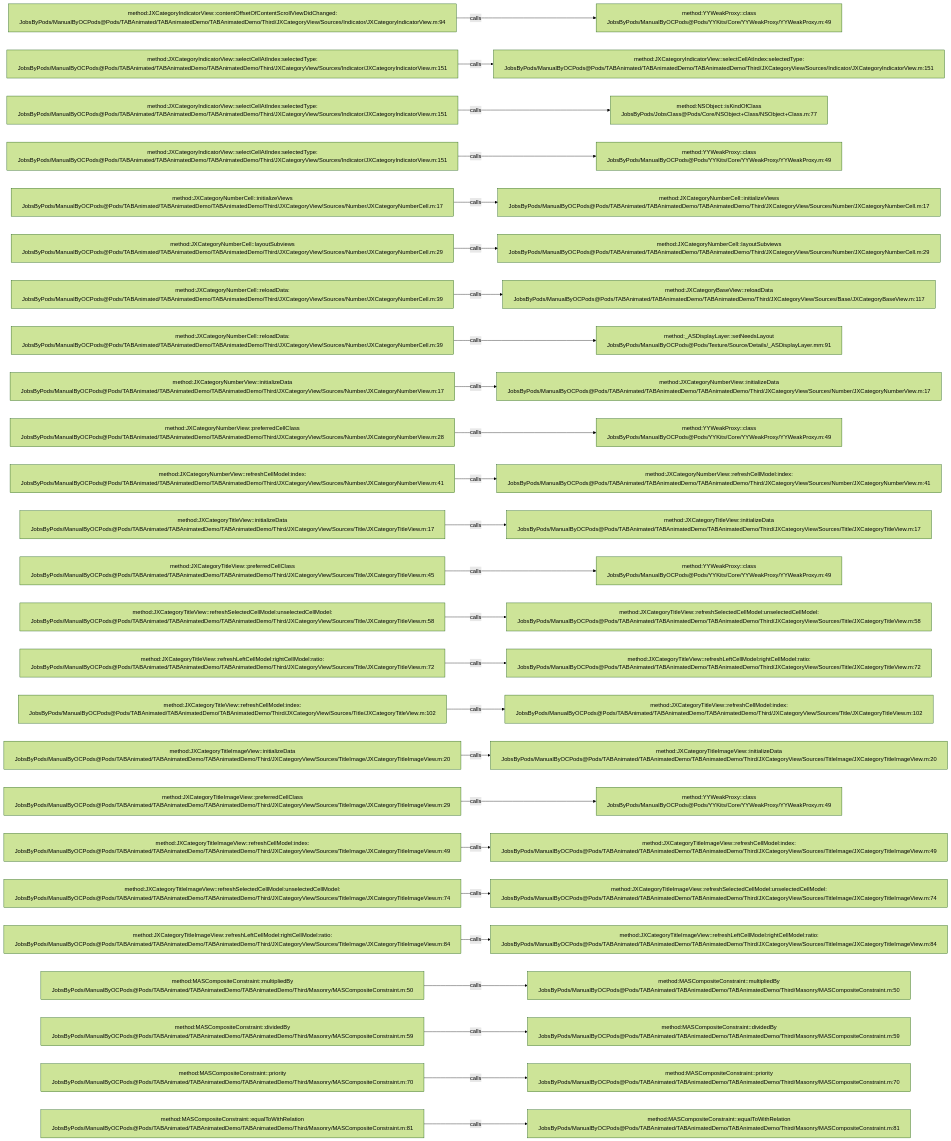
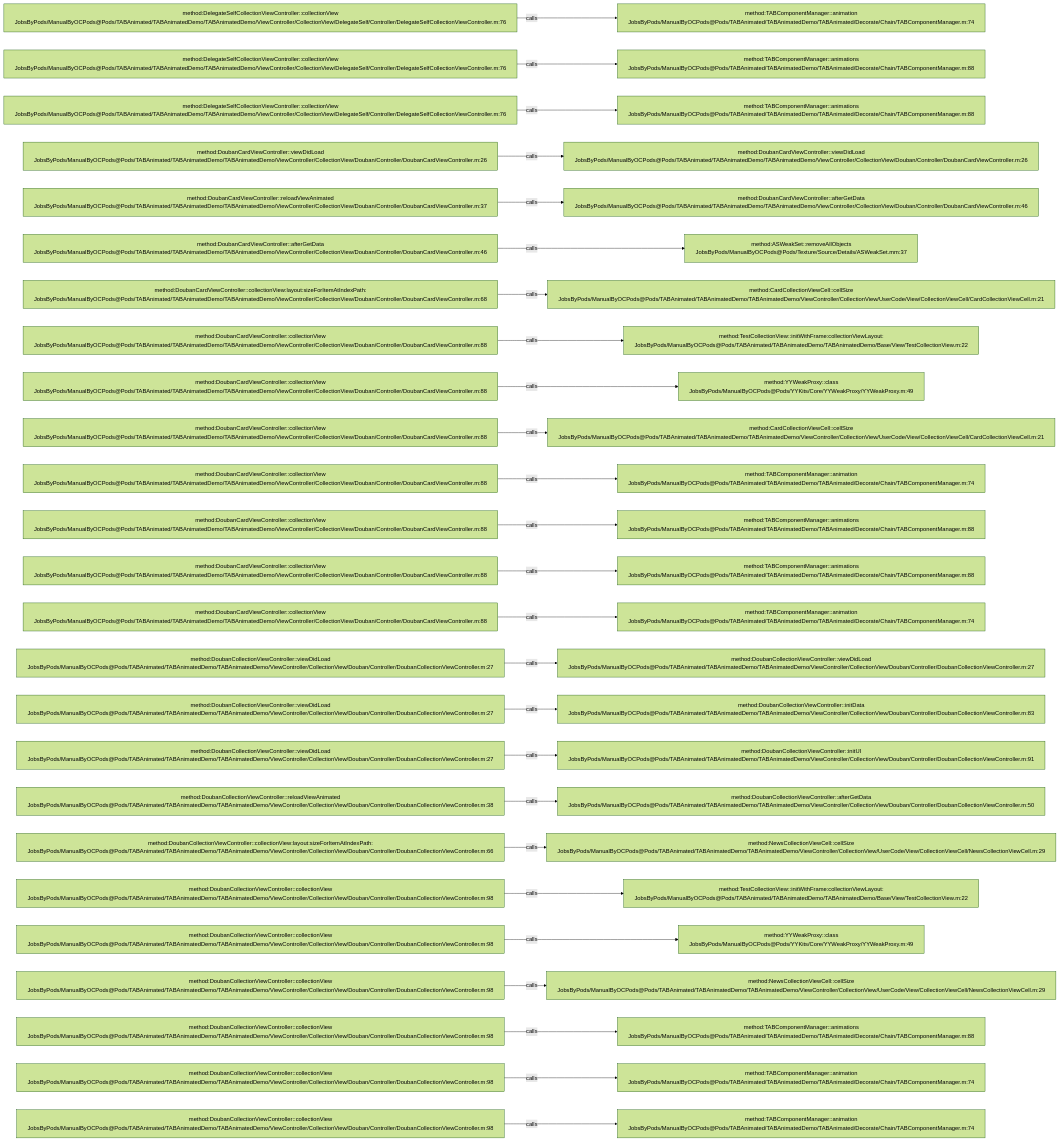
Before and after one commit to JobsKits/JobsOCBaseConfigDemo: the diagram in .codegraph/codegraph.md/graphs/calls-035.md, drawn with Mermaid (forest theme). The commit also changed 2723 other files, not shown here.

````diff
--- a/.codegraph/codegraph.md/graphs/calls-035.md
+++ b/.codegraph/codegraph.md/graphs/calls-035.md
@@ -13,78 +13,78 @@
 ```mermaid
 flowchart LR
-  S1["method:JXCategoryIndicatorView::contentOffsetOfContentScrollViewDidChanged:<br/>JobsByPods/ManualByOCPods@Pods/TABAnimated/TABAnimatedDemo/TABAnimatedDemo/Third/JXCategoryView/Sources/Indicator/JXCategoryIndicatorView.m:94"]
-  T1["method:YYWeakProxy::class<br/>JobsByPods/ManualByOCPods@Pods/YYKits/Core/YYWeakProxy/YYWeakProxy.m:49"]
+  S1["method:DelegateSelfCollectionViewController::collectionView<br/>JobsByPods/ManualByOCPods@Pods/TABAnimated/TABAnimatedDemo/TABAnimatedDemo/ViewController/CollectionView/DelegateSelf/Controller/DelegateSelfCollectionViewController.m:76"]
+  T1["method:TABComponentManager::animation<br/>JobsByPods/ManualByOCPods@Pods/TABAnimated/TABAnimatedDemo/TABAnimated/Decorate/Chain/TABComponentManager.m:74"]
   S1 -->|calls| T1
-  S2["method:JXCategoryIndicatorView::selectCellAtIndex:selectedType:<br/>JobsByPods/ManualByOCPods@Pods/TABAnimated/TABAnimatedDemo/TABAnimatedDemo/Third/JXCategoryView/Sources/Indicator/JXCategoryIndicatorView.m:151"]
-  T2["method:JXCategoryIndicatorView::selectCellAtIndex:selectedType:<br/>JobsByPods/ManualByOCPods@Pods/TABAnimated/TABAnimatedDemo/TABAnimatedDemo/Third/JXCategoryView/Sources/Indicator/JXCategoryIndicatorView.m:151"]
+  S2["method:DelegateSelfCollectionViewController::collectionView<br/>JobsByPods/ManualByOCPods@Pods/TABAnimated/TABAnimatedDemo/TABAnimatedDemo/ViewController/CollectionView/DelegateSelf/Controller/DelegateSelfCollectionViewController.m:76"]
+  T2["method:TABComponentManager::animations<br/>JobsByPods/ManualByOCPods@Pods/TABAnimated/TABAnimatedDemo/TABAnimated/Decorate/Chain/TABComponentManager.m:88"]
   S2 -->|calls| T2
-  S3["method:JXCategoryIndicatorView::selectCellAtIndex:selectedType:<br/>JobsByPods/ManualByOCPods@Pods/TABAnimated/TABAnimatedDemo/TABAnimatedDemo/Third/JXCategoryView/Sources/Indicator/JXCategoryIndicatorView.m:151"]
-  T3["method:NSObject::isKindOfClass<br/>JobsByPods/JobsClass@Pods/Core/NSObject+Class/NSObject+Class.m:77"]
+  S3["method:DelegateSelfCollectionViewController::collectionView<br/>JobsByPods/ManualByOCPods@Pods/TABAnimated/TABAnimatedDemo/TABAnimatedDemo/ViewController/CollectionView/DelegateSelf/Controller/DelegateSelfCollectionViewController.m:76"]
+  T3["method:TABComponentManager::animations<br/>JobsByPods/ManualByOCPods@Pods/TABAnimated/TABAnimatedDemo/TABAnimated/Decorate/Chain/TABComponentManager.m:88"]
   S3 -->|calls| T3
-  S4["method:JXCategoryIndicatorView::selectCellAtIndex:selectedType:<br/>JobsByPods/ManualByOCPods@Pods/TABAnimated/TABAnimatedDemo/TABAnimatedDemo/Third/JXCategoryView/Sources/Indicator/JXCategoryIndicatorView.m:151"]
-  T4["method:YYWeakProxy::class<br/>JobsByPods/ManualByOCPods@Pods/YYKits/Core/YYWeakProxy/YYWeakProxy.m:49"]
+  S4["method:DoubanCardViewController::viewDidLoad<br/>JobsByPods/ManualByOCPods@Pods/TABAnimated/TABAnimatedDemo/TABAnimatedDemo/ViewController/CollectionView/Douban/Controller/DoubanCardViewController.m:26"]
+  T4["method:DoubanCardViewController::viewDidLoad<br/>JobsByPods/ManualByOCPods@Pods/TABAnimated/TABAnimatedDemo/TABAnimatedDemo/ViewController/CollectionView/Douban/Controller/DoubanCardViewController.m:26"]
   S4 -->|calls| T4
-  S5["method:JXCategoryNumberCell::initializeViews<br/>JobsByPods/ManualByOCPods@Pods/TABAnimated/TABAnimatedDemo/TABAnimatedDemo/Third/JXCategoryView/Sources/Number/JXCategoryNumberCell.m:17"]
-  T5["method:JXCategoryNumberCell::initializeViews<br/>JobsByPods/ManualByOCPods@Pods/TABAnimated/TABAnimatedDemo/TABAnimatedDemo/Third/JXCategoryView/Sources/Number/JXCategoryNumberCell.m:17"]
+  S5["method:DoubanCardViewController::reloadViewAnimated<br/>JobsByPods/ManualByOCPods@Pods/TABAnimated/TABAnimatedDemo/TABAnimatedDemo/ViewController/CollectionView/Douban/Controller/DoubanCardViewController.m:37"]
+  T5["method:DoubanCardViewController::afterGetData<br/>JobsByPods/ManualByOCPods@Pods/TABAnimated/TABAnimatedDemo/TABAnimatedDemo/ViewController/CollectionView/Douban/Controller/DoubanCardViewController.m:46"]
   S5 -->|calls| T5
-  S6["method:JXCategoryNumberCell::layoutSubviews<br/>JobsByPods/ManualByOCPods@Pods/TABAnimated/TABAnimatedDemo/TABAnimatedDemo/Third/JXCategoryView/Sources/Number/JXCategoryNumberCell.m:29"]
-  T6["method:JXCategoryNumberCell::layoutSubviews<br/>JobsByPods/ManualByOCPods@Pods/TABAnimated/TABAnimatedDemo/TABAnimatedDemo/Third/JXCategoryView/Sources/Number/JXCategoryNumberCell.m:29"]
+  S6["method:DoubanCardViewController::afterGetData<br/>JobsByPods/ManualByOCPods@Pods/TABAnimated/TABAnimatedDemo/TABAnimatedDemo/ViewController/CollectionView/Douban/Controller/DoubanCardViewController.m:46"]
+  T6["method:ASWeakSet::removeAllObjects<br/>JobsByPods/ManualByOCPods@Pods/Texture/Source/Details/ASWeakSet.mm:37"]
   S6 -->|calls| T6
-  S7["method:JXCategoryNumberCell::reloadData:<br/>JobsByPods/ManualByOCPods@Pods/TABAnimated/TABAnimatedDemo/TABAnimatedDemo/Third/JXCategoryView/Sources/Number/JXCategoryNumberCell.m:39"]
-  T7["method:JXCategoryBaseView::reloadData<br/>JobsByPods/ManualByOCPods@Pods/TABAnimated/TABAnimatedDemo/TABAnimatedDemo/Third/JXCategoryView/Sources/Base/JXCategoryBaseView.m:117"]
+  S7["method:DoubanCardViewController::collectionView:layout:sizeForItemAtIndexPath:<br/>JobsByPods/ManualByOCPods@Pods/TABAnimated/TABAnimatedDemo/TABAnimatedDemo/ViewController/CollectionView/Douban/Controller/DoubanCardViewController.m:68"]
+  T7["method:CardCollectionViewCell::cellSize<br/>JobsByPods/ManualByOCPods@Pods/TABAnimated/TABAnimatedDemo/TABAnimatedDemo/ViewController/CollectionView/UserCode/View/CollectionViewCell/CardCollectionViewCell.m:21"]
   S7 -->|calls| T7
-  S8["method:JXCategoryNumberCell::reloadData:<br/>JobsByPods/ManualByOCPods@Pods/TABAnimated/TABAnimatedDemo/TABAnimatedDemo/Third/JXCategoryView/Sources/Number/JXCategoryNumberCell.m:39"]
-  T8["method:_ASDisplayLayer::setNeedsLayout<br/>JobsByPods/ManualByOCPods@Pods/Texture/Source/Details/_ASDisplayLayer.mm:91"]
+  S8["method:DoubanCardViewController::collectionView<br/>JobsByPods/ManualByOCPods@Pods/TABAnimated/TABAnimatedDemo/TABAnimatedDemo/ViewController/CollectionView/Douban/Controller/DoubanCardViewController.m:88"]
+  T8["method:TestCollectionView::initWithFrame:collectionViewLayout:<br/>JobsByPods/ManualByOCPods@Pods/TABAnimated/TABAnimatedDemo/TABAnimatedDemo/Base/View/TestCollectionView.m:22"]
   S8 -->|calls| T8
-  S9["method:JXCategoryNumberView::initializeData<br/>JobsByPods/ManualByOCPods@Pods/TABAnimated/TABAnimatedDemo/TABAnimatedDemo/Third/JXCategoryView/Sources/Number/JXCategoryNumberView.m:17"]
-  T9["method:JXCategoryNumberView::initializeData<br/>JobsByPods/ManualByOCPods@Pods/TABAnimated/TABAnimatedDemo/TABAnimatedDemo/Third/JXCategoryView/Sources/Number/JXCategoryNumberView.m:17"]
+  S9["method:DoubanCardViewController::collectionView<br/>JobsByPods/ManualByOCPods@Pods/TABAnimated/TABAnimatedDemo/TABAnimatedDemo/ViewController/CollectionView/Douban/Controller/DoubanCardViewController.m:88"]
+  T9["method:YYWeakProxy::class<br/>JobsByPods/ManualByOCPods@Pods/YYKits/Core/YYWeakProxy/YYWeakProxy.m:49"]
   S9 -->|calls| T9
-  S10["method:JXCategoryNumberView::preferredCellClass<br/>JobsByPods/ManualByOCPods@Pods/TABAnimated/TABAnimatedDemo/TABAnimatedDemo/Third/JXCategoryView/Sources/Number/JXCategoryNumberView.m:28"]
-  T10["method:YYWeakProxy::class<br/>JobsByPods/ManualByOCPods@Pods/YYKits/Core/YYWeakProxy/YYWeakProxy.m:49"]
+  S10["method:DoubanCardViewController::collectionView<br/>JobsByPods/ManualByOCPods@Pods/TABAnimated/TABAnimatedDemo/TABAnimatedDemo/ViewController/CollectionView/Douban/Controller/DoubanCardViewController.m:88"]
+  T10["method:CardCollectionViewCell::cellSize<br/>JobsByPods/ManualByOCPods@Pods/TABAnimated/TABAnimatedDemo/TABAnimatedDemo/ViewController/CollectionView/UserCode/View/CollectionViewCell/CardCollectionViewCell.m:21"]
   S10 -->|calls| T10
-  S11["method:JXCategoryNumberView::refreshCellModel:index:<br/>JobsByPods/ManualByOCPods@Pods/TABAnimated/TABAnimatedDemo/TABAnimatedDemo/Third/JXCategoryView/Sources/Number/JXCategoryNumberView.m:41"]
-  T11["method:JXCategoryNumberView::refreshCellModel:index:<br/>JobsByPods/ManualByOCPods@Pods/TABAnimated/TABAnimatedDemo/TABAnimatedDemo/Third/JXCategoryView/Sources/Number/JXCategoryNumberView.m:41"]
+  S11["method:DoubanCardViewController::collectionView<br/>JobsByPods/ManualByOCPods@Pods/TABAnimated/TABAnimatedDemo/TABAnimatedDemo/ViewController/CollectionView/Douban/Controller/DoubanCardViewController.m:88"]
+  T11["method:TABComponentManager::animation<br/>JobsByPods/ManualByOCPods@Pods/TABAnimated/TABAnimatedDemo/TABAnimated/Decorate/Chain/TABComponentManager.m:74"]
   S11 -->|calls| T11
-  S12["method:JXCategoryTitleView::initializeData<br/>JobsByPods/ManualByOCPods@Pods/TABAnimated/TABAnimatedDemo/TABAnimatedDemo/Third/JXCategoryView/Sources/Title/JXCategoryTitleView.m:17"]
-  T12["method:JXCategoryTitleView::initializeData<br/>JobsByPods/ManualByOCPods@Pods/TABAnimated/TABAnimatedDemo/TABAnimatedDemo/Third/JXCategoryView/Sources/Title/JXCategoryTitleView.m:17"]
+  S12["method:DoubanCardViewController::collectionView<br/>JobsByPods/ManualByOCPods@Pods/TABAnimated/TABAnimatedDemo/TABAnimatedDemo/ViewController/CollectionView/Douban/Controller/DoubanCardViewController.m:88"]
+  T12["method:TABComponentManager::animations<br/>JobsByPods/ManualByOCPods@Pods/TABAnimated/TABAnimatedDemo/TABAnimated/Decorate/Chain/TABComponentManager.m:88"]
   S12 -->|calls| T12
-  S13["method:JXCategoryTitleView::preferredCellClass<br/>JobsByPods/ManualByOCPods@Pods/TABAnimated/TABAnimatedDemo/TABAnimatedDemo/Third/JXCategoryView/Sources/Title/JXCategoryTitleView.m:45"]
-  T13["method:YYWeakProxy::class<br/>JobsByPods/ManualByOCPods@Pods/YYKits/Core/YYWeakProxy/YYWeakProxy.m:49"]
+  S13["method:DoubanCardViewController::collectionView<br/>JobsByPods/ManualByOCPods@Pods/TABAnimated/TABAnimatedDemo/TABAnimatedDemo/ViewController/CollectionView/Douban/Controller/DoubanCardViewController.m:88"]
+  T13["method:TABComponentManager::animations<br/>JobsByPods/ManualByOCPods@Pods/TABAnimated/TABAnimatedDemo/TABAnimated/Decorate/Chain/TABComponentManager.m:88"]
   S13 -->|calls| T13
-  S14["method:JXCategoryTitleView::refreshSelectedCellModel:unselectedCellModel:<br/>JobsByPods/ManualByOCPods@Pods/TABAnimated/TABAnimatedDemo/TABAnimatedDemo/Third/JXCategoryView/Sources/Title/JXCategoryTitleView.m:58"]
-  T14["method:JXCategoryTitleView::refreshSelectedCellModel:unselectedCellModel:<br/>JobsByPods/ManualByOCPods@Pods/TABAnimated/TABAnimatedDemo/TABAnimatedDemo/Third/JXCategoryView/Sources/Title/JXCategoryTitleView.m:58"]
+  S14["method:DoubanCardViewController::collectionView<br/>JobsByPods/ManualByOCPods@Pods/TABAnimated/TABAnimatedDemo/TABAnimatedDemo/ViewController/CollectionView/Douban/Controller/DoubanCardViewController.m:88"]
+  T14["method:TABComponentManager::animation<br/>JobsByPods/ManualByOCPods@Pods/TABAnimated/TABAnimatedDemo/TABAnimated/Decorate/Chain/TABComponentManager.m:74"]
   S14 -->|calls| T14
-  S15["method:JXCategoryTitleView::refreshLeftCellModel:rightCellModel:ratio:<br/>JobsByPods/ManualByOCPods@Pods/TABAnimated/TABAnimatedDemo/TABAnimatedDemo/Third/JXCategoryView/Sources/Title/JXCategoryTitleView.m:72"]
-  T15["method:JXCategoryTitleView::refreshLeftCellModel:rightCellModel:ratio:<br/>JobsByPods/ManualByOCPods@Pods/TABAnimated/TABAnimatedDemo/TABAnimatedDemo/Third/JXCategoryView/Sources/Title/JXCategoryTitleView.m:72"]
+  S15["method:DoubanCollectionViewController::viewDidLoad<br/>JobsByPods/ManualByOCPods@Pods/TABAnimated/TABAnimatedDemo/TABAnimatedDemo/ViewController/CollectionView/Douban/Controller/DoubanCollectionViewController.m:27"]
+  T15["method:DoubanCollectionViewController::viewDidLoad<br/>JobsByPods/ManualByOCPods@Pods/TABAnimated/TABAnimatedDemo/TABAnimatedDemo/ViewController/CollectionView/Douban/Controller/DoubanCollectionViewController.m:27"]
   S15 -->|calls| T15
-  S16["method:JXCategoryTitleView::refreshCellModel:index:<br/>JobsByPods/ManualByOCPods@Pods/TABAnimated/TABAnimatedDemo/TABAnimatedDemo/Third/JXCategoryView/Sources/Title/JXCategoryTitleView.m:102"]
-  T16["method:JXCategoryTitleView::refreshCellModel:index:<br/>JobsByPods/ManualByOCPods@Pods/TABAnimated/TABAnimatedDemo/TABAnimatedDemo/Third/JXCategoryView/Sources/Title/JXCategoryTitleView.m:102"]
+  S16["method:DoubanCollectionViewController::viewDidLoad<br/>JobsByPods/ManualByOCPods@Pods/TABAnimated/TABAnimatedDemo/TABAnimatedDemo/ViewController/CollectionView/Douban/Controller/DoubanCollectionViewController.m:27"]
+  T16["method:DoubanCollectionViewController::initData<br/>JobsByPods/ManualByOCPods@Pods/TABAnimated/TABAnimatedDemo/TABAnimatedDemo/ViewController/CollectionView/Douban/Controller/DoubanCollectionViewController.m:83"]
   S16 -->|calls| T16
-  S17["method:JXCategoryTitleImageView::initializeData<br/>JobsByPods/ManualByOCPods@Pods/TABAnimated/TABAnimatedDemo/TABAnimatedDemo/Third/JXCategoryView/Sources/TitleImage/JXCategoryTitleImageView.m:20"]
-  T17["method:JXCategoryTitleImageView::initializeData<br/>JobsByPods/ManualByOCPods@Pods/TABAnimated/TABAnimatedDemo/TABAnimatedDemo/Third/JXCategoryView/Sources/TitleImage/JXCategoryTitleImageView.m:20"]
+  S17["method:DoubanCollectionViewController::viewDidLoad<br/>JobsByPods/ManualByOCPods@Pods/TABAnimated/TABAnimatedDemo/TABAnimatedDemo/ViewController/CollectionView/Douban/Controller/DoubanCollectionViewController.m:27"]
+  T17["method:DoubanCollectionViewController::initUI<br/>JobsByPods/ManualByOCPods@Pods/TABAnimated/TABAnimatedDemo/TABAnimatedDemo/ViewController/CollectionView/Douban/Controller/DoubanCollectionViewController.m:91"]
   S17 -->|calls| T17
-  S18["method:JXCategoryTitleImageView::preferredCellClass<br/>JobsByPods/ManualByOCPods@Pods/TABAnimated/TABAnimatedDemo/TABAnimatedDemo/Third/JXCategoryView/Sources/TitleImage/JXCategoryTitleImageView.m:29"]
-  T18["method:YYWeakProxy::class<br/>JobsByPods/ManualByOCPods@Pods/YYKits/Core/YYWeakProxy/YYWeakProxy.m:49"]
+  S18["method:DoubanCollectionViewController::reloadViewAnimated<br/>JobsByPods/ManualByOCPods@Pods/TABAnimated/TABAnimatedDemo/TABAnimatedDemo/ViewController/CollectionView/Douban/Controller/DoubanCollectionViewController.m:38"]
+  T18["method:DoubanCollectionViewController::afterGetData<br/>JobsByPods/ManualByOCPods@Pods/TABAnimated/TABAnimatedDemo/TABAnimatedDemo/ViewController/CollectionView/Douban/Controller/DoubanCollectionViewController.m:50"]
   S18 -->|calls| T18
-  S19["method:JXCategoryTitleImageView::refreshCellModel:index:<br/>JobsByPods/ManualByOCPods@Pods/TABAnimated/TABAnimatedDemo/TABAnimatedDemo/Third/JXCategoryView/Sources/TitleImage/JXCategoryTitleImageView.m:49"]
-  T19["method:JXCategoryTitleImageView::refreshCellModel:index:<br/>JobsByPods/ManualByOCPods@Pods/TABAnimated/TABAnimatedDemo/TABAnimatedDemo/Third/JXCategoryView/Sources/TitleImage/JXCategoryTitleImageView.m:49"]
+  S19["method:DoubanCollectionViewController::collectionView:layout:sizeForItemAtIndexPath:<br/>JobsByPods/ManualByOCPods@Pods/TABAnimated/TABAnimatedDemo/TABAnimatedDemo/ViewController/CollectionView/Douban/Controller/DoubanCollectionViewController.m:66"]
+  T19["method:NewsCollectionViewCell::cellSize<br/>JobsByPods/ManualByOCPods@Pods/TABAnimated/TABAnimatedDemo/TABAnimatedDemo/ViewController/CollectionView/UserCode/View/CollectionViewCell/NewsCollectionViewCell.m:29"]
   S19 -->|calls| T19
-  S20["method:JXCategoryTitleImageView::refreshSelectedCellModel:unselectedCellModel:<br/>JobsByPods/ManualByOCPods@Pods/TABAnimated/TABAnimatedDemo/TABAnimatedDemo/Third/JXCategoryView/Sources/TitleImage/JXCategoryTitleImageView.m:74"]
-  T20["method:JXCategoryTitleImageView::refreshSelectedCellModel:unselectedCellModel:<br/>JobsByPods/ManualByOCPods@Pods/TABAnimated/TABAnimatedDemo/TABAnimatedDemo/Third/JXCategoryView/Sources/TitleImage/JXCategoryTitleImageView.m:74"]
+  S20["method:DoubanCollectionViewController::collectionView<br/>JobsByPods/ManualByOCPods@Pods/TABAnimated/TABAnimatedDemo/TABAnimatedDemo/ViewController/CollectionView/Douban/Controller/DoubanCollectionViewController.m:98"]
+  T20["method:TestCollectionView::initWithFrame:collectionViewLayout:<br/>JobsByPods/ManualByOCPods@Pods/TABAnimated/TABAnimatedDemo/TABAnimatedDemo/Base/View/TestCollectionView.m:22"]
   S20 -->|calls| T20
-  S21["method:JXCategoryTitleImageView::refreshLeftCellModel:rightCellModel:ratio:<br/>JobsByPods/ManualByOCPods@Pods/TABAnimated/TABAnimatedDemo/TABAnimatedDemo/Third/JXCategoryView/Sources/TitleImage/JXCategoryTitleImageView.m:84"]
-  T21["method:JXCategoryTitleImageView::refreshLeftCellModel:rightCellModel:ratio:<br/>JobsByPods/ManualByOCPods@Pods/TABAnimated/TABAnimatedDemo/TABAnimatedDemo/Third/JXCategoryView/Sources/TitleImage/JXCategoryTitleImageView.m:84"]
+  S21["method:DoubanCollectionViewController::collectionView<br/>JobsByPods/ManualByOCPods@Pods/TABAnimated/TABAnimatedDemo/TABAnimatedDemo/ViewController/CollectionView/Douban/Controller/DoubanCollectionViewController.m:98"]
+  T21["method:YYWeakProxy::class<br/>JobsByPods/ManualByOCPods@Pods/YYKits/Core/YYWeakProxy/YYWeakProxy.m:49"]
   S21 -->|calls| T21
-  S22["method:MASCompositeConstraint::multipliedBy<br/>JobsByPods/ManualByOCPods@Pods/TABAnimated/TABAnimatedDemo/TABAnimatedDemo/Third/Masonry/MASCompositeConstraint.m:50"]
-  T22["method:MASCompositeConstraint::multipliedBy<br/>JobsByPods/ManualByOCPods@Pods/TABAnimated/TABAnimatedDemo/TABAnimatedDemo/Third/Masonry/MASCompositeConstraint.m:50"]
+  S22["method:DoubanCollectionViewController::collectionView<br/>JobsByPods/ManualByOCPods@Pods/TABAnimated/TABAnimatedDemo/TABAnimatedDemo/ViewController/CollectionView/Douban/Controller/DoubanCollectionViewController.m:98"]
+  T22["method:NewsCollectionViewCell::cellSize<br/>JobsByPods/ManualByOCPods@Pods/TABAnimated/TABAnimatedDemo/TABAnimatedDemo/ViewController/CollectionView/UserCode/View/CollectionViewCell/NewsCollectionViewCell.m:29"]
   S22 -->|calls| T22
-  S23["method:MASCompositeConstraint::dividedBy<br/>JobsByPods/ManualByOCPods@Pods/TABAnimated/TABAnimatedDemo/TABAnimatedDemo/Third/Masonry/MASCompositeConstraint.m:59"]
-  T23["method:MASCompositeConstraint::dividedBy<br/>JobsByPods/ManualByOCPods@Pods/TABAnimated/TABAnimatedDemo/TABAnimatedDemo/Third/Masonry/MASCompositeConstraint.m:59"]
+  S23["method:DoubanCollectionViewController::collectionView<br/>JobsByPods/ManualByOCPods@Pods/TABAnimated/TABAnimatedDemo/TABAnimatedDemo/ViewController/CollectionView/Douban/Controller/DoubanCollectionViewController.m:98"]
+  T23["method:TABComponentManager::animations<br/>JobsByPods/ManualByOCPods@Pods/TABAnimated/TABAnimatedDemo/TABAnimated/Decorate/Chain/TABComponentManager.m:88"]
   S23 -->|calls| T23
-  S24["method:MASCompositeConstraint::priority<br/>JobsByPods/ManualByOCPods@Pods/TABAnimated/TABAnimatedDemo/TABAnimatedDemo/Third/Masonry/MASCompositeConstraint.m:70"]
-  T24["method:MASCompositeConstraint::priority<br/>JobsByPods/ManualByOCPods@Pods/TABAnimated/TABAnimatedDemo/TABAnimatedDemo/Third/Masonry/MASCompositeConstraint.m:70"]
+  S24["method:DoubanCollectionViewController::collectionView<br/>JobsByPods/ManualByOCPods@Pods/TABAnimated/TABAnimatedDemo/TABAnimatedDemo/ViewController/CollectionView/Douban/Controller/DoubanCollectionViewController.m:98"]
+  T24["method:TABComponentManager::animation<br/>JobsByPods/ManualByOCPods@Pods/TABAnimated/TABAnimatedDemo/TABAnimated/Decorate/Chain/TABComponentManager.m:74"]
   S24 -->|calls| T24
-  S25["method:MASCompositeConstraint::equalToWithRelation<br/>JobsByPods/ManualByOCPods@Pods/TABAnimated/TABAnimatedDemo/TABAnimatedDemo/Third/Masonry/MASCompositeConstraint.m:81"]
-  T25["method:MASCompositeConstraint::equalToWithRelation<br/>JobsByPods/ManualByOCPods@Pods/TABAnimated/TABAnimatedDemo/TABAnimatedDemo/Third/Masonry/MASCompositeConstraint.m:81"]
+  S25["method:DoubanCollectionViewController::collectionView<br/>JobsByPods/ManualByOCPods@Pods/TABAnimated/TABAnimatedDemo/TABAnimatedDemo/ViewController/CollectionView/Douban/Controller/DoubanCollectionViewController.m:98"]
+  T25["method:TABComponentManager::animation<br/>JobsByPods/ManualByOCPods@Pods/TABAnimated/TABAnimatedDemo/TABAnimated/Decorate/Chain/TABComponentManager.m:74"]
   S25 -->|calls| T25
 ```
````
